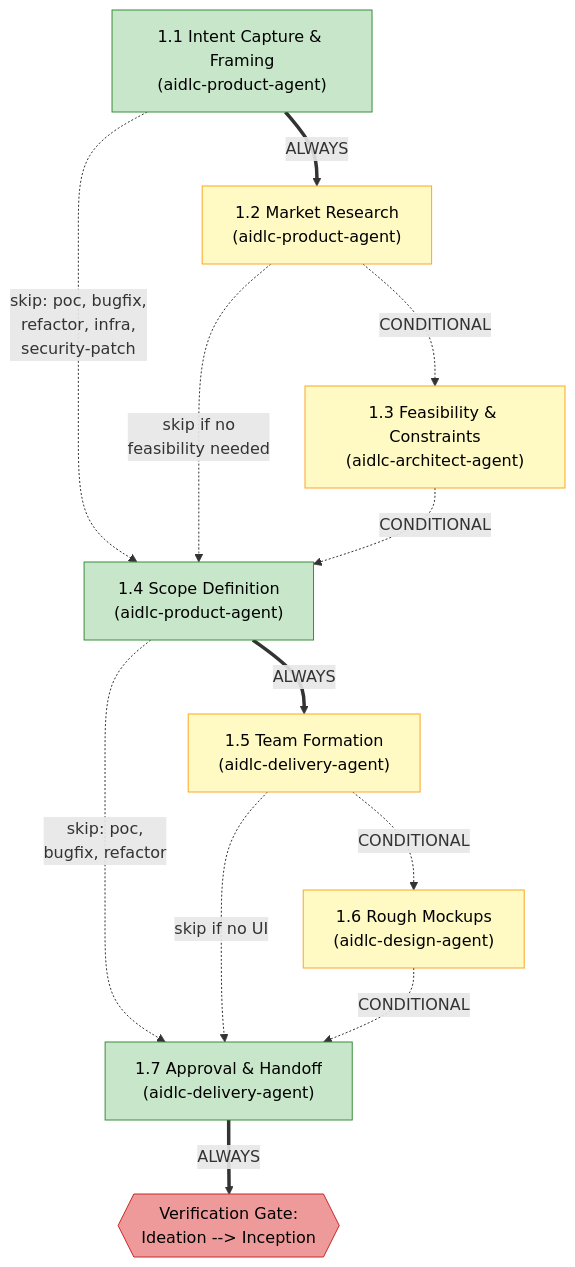
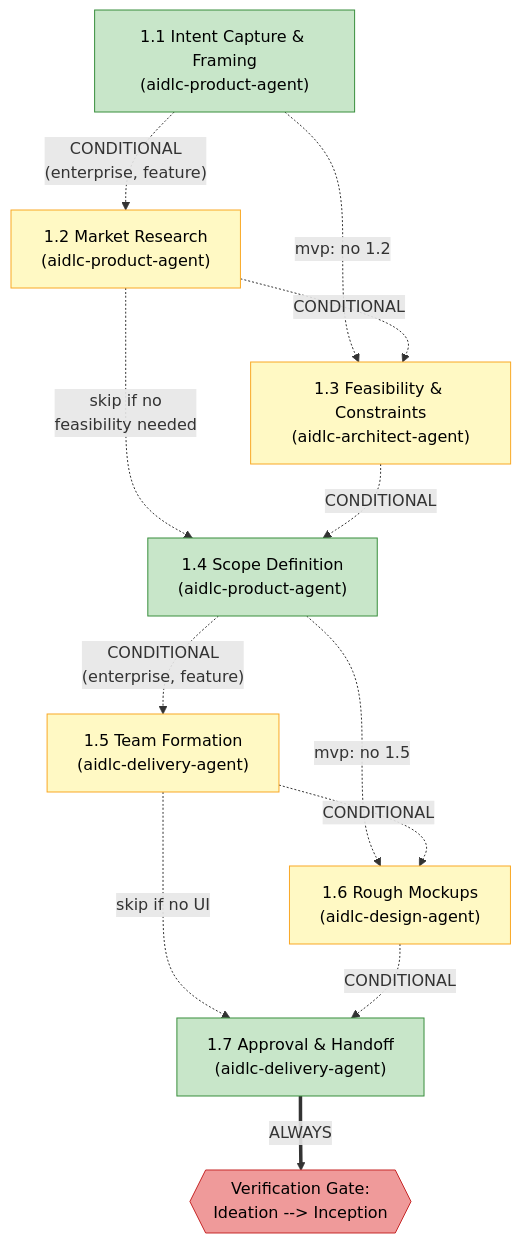
One commit to awslabs/aidlc-workflows changed the second of 12 diagrams in docs/reference/diagrams.md. Above: the diagram before and after it, drawn with Mermaid. The commit also changed other lines of this file and 7 other files, not shown here.

First line of the commit message:
docs(reference): the plugin, supply-chain, provenance, Claude Code, artifact and diagram chapters match the code

````diff
--- a/docs/reference/diagrams.md
+++ b/docs/reference/diagrams.md
@@ -71,32 +71,32 @@
 ```mermaid
 flowchart TD
     S11["1.1 Intent Capture & Framing\n(aidlc-product-agent)"]
     S12["1.2 Market Research\n(aidlc-product-agent)"]
     S13["1.3 Feasibility & Constraints\n(aidlc-architect-agent)"]
     S14["1.4 Scope Definition\n(aidlc-product-agent)"]
     S15["1.5 Team Formation\n(aidlc-delivery-agent)"]
     S16["1.6 Rough Mockups\n(aidlc-design-agent)"]
     S17["1.7 Approval & Handoff\n(aidlc-delivery-agent)"]
     VG1{{"Verification Gate:\nIdeation --> Inception"}}
 
-    S11 ==>|ALWAYS| S12
-    S11 -.->|"skip: poc, bugfix,\nrefactor, infra,\nsecurity-patch"| S14
+    S11 -.->|"CONDITIONAL\n(enterprise, feature)"| S12
+    S11 -.->|"mvp: no 1.2"| S13
     S12 -.->|CONDITIONAL| S13
     S12 -.->|"skip if no\nfeasibility needed"| S14
     S13 -.->|CONDITIONAL| S14
-    S14 ==>|ALWAYS| S15
-    S14 -.->|"skip: poc,\nbugfix, refactor"| S17
+    S14 -.->|"CONDITIONAL\n(enterprise, feature)"| S15
+    S14 -.->|"mvp: no 1.5"| S16
     S15 -.->|CONDITIONAL| S16
     S15 -.->|"skip if no UI"| S17
     S16 -.->|CONDITIONAL| S17
     S17 ==>|ALWAYS| VG1
 
     style S11 fill:#c8e6c9,stroke:#388e3c,color:#000
     style S14 fill:#c8e6c9,stroke:#388e3c,color:#000
     style S17 fill:#c8e6c9,stroke:#388e3c,color:#000
     style S12 fill:#fff9c4,stroke:#f9a825,color:#000
     style S13 fill:#fff9c4,stroke:#f9a825,color:#000
     style S15 fill:#fff9c4,stroke:#f9a825,color:#000
     style S16 fill:#fff9c4,stroke:#f9a825,color:#000
     style VG1 fill:#ef9a9a,stroke:#c62828,color:#000
 ```
````
